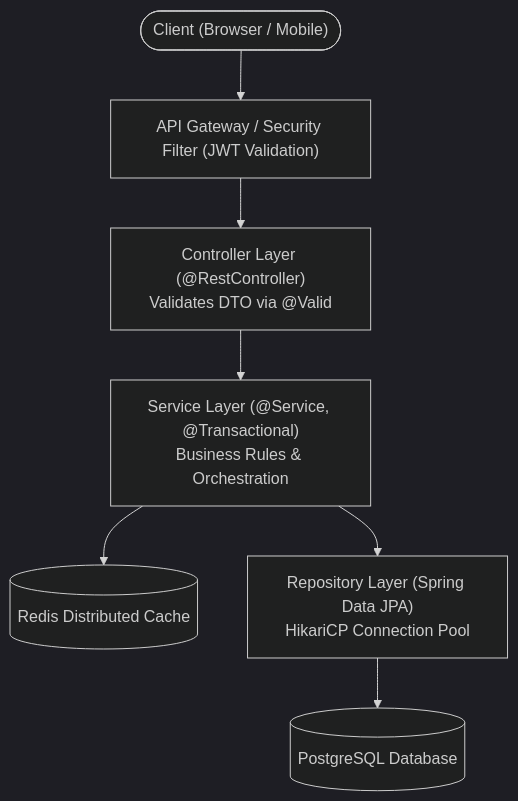
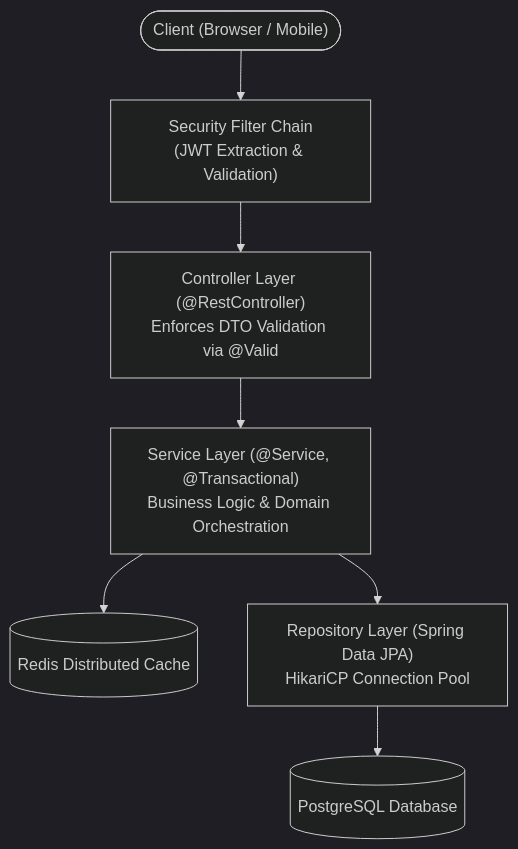
Diagram 18 of 23 in 06-Java-and-Spring-Boot/Spring Boot Interview Guide.md (rohithgowda18/Notes), drawn with Mermaid (dark theme) before and after one commit. The commit also changed other lines of this file, not shown here.

Commit message:
docs(spring-boot): fix broken code fence nesting, restore perfect markdown rendering, and elevate visual readability

````diff
--- a/06-Java-and-Spring-Boot/Spring Boot Interview Guide.md
+++ b/06-Java-and-Spring-Boot/Spring Boot Interview Guide.md
@@ -1057,12 +1305,9 @@
 ```mermaid
 flowchart TD
-    Client(["Client (Browser / Mobile)"]) --> Gateway["API Gateway / Security Filter (JWT Validation)"]
-    Gateway --> Controller["Controller Layer (@RestController)
-Validates DTO via @Valid"]
-    Controller --> Service["Service Layer (@Service, @Transactional)
-Business Rules & Orchestration"]
+    Client(["Client (Browser / Mobile)"]) --> Gateway["Security Filter Chain<br/>(JWT Extraction & Validation)"]
+    Gateway --> Controller["Controller Layer (@RestController)<br/>Enforces DTO Validation via @Valid"]
+    Controller --> Service["Service Layer (@Service, @Transactional)<br/>Business Logic & Domain Orchestration"]
     Service --> Cache[("Redis Distributed Cache")]
-    Service --> Repo["Repository Layer (Spring Data JPA)
-HikariCP Connection Pool"]
+    Service --> Repo["Repository Layer (Spring Data JPA)<br/>HikariCP Connection Pool"]
     Repo --> DB[("PostgreSQL Database")]
 ```
````
